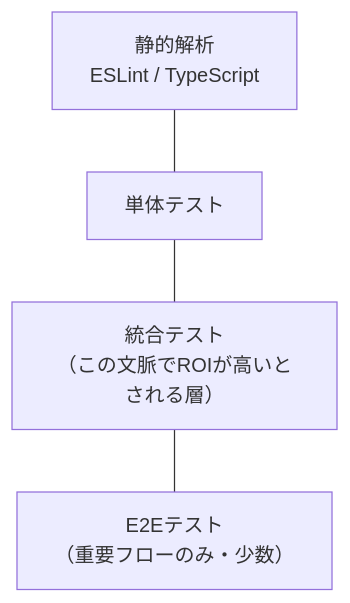
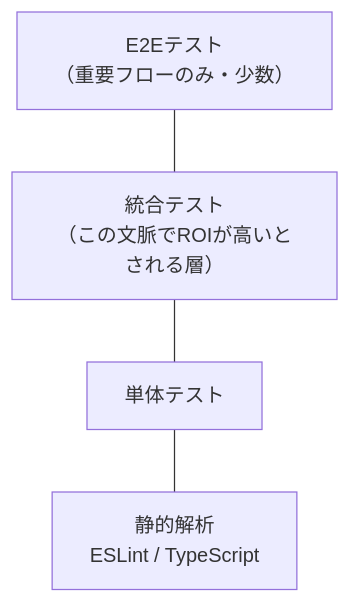
Before and after one commit to myoshi2891/Quality-Assurance-Studies: the sixth of 6 diagrams in The-way-of-the-web-tester-guide.md, drawn with Mermaid. The commit also changed 1 other file, not shown here.

Commit message:
docs(web-tester): テスティングトロフィー図の方向をボトムアップに修正

````diff
--- a/The-way-of-the-web-tester-guide.md
+++ b/The-way-of-the-web-tester-guide.md
@@ -351,8 +351,8 @@
 ```mermaid
-flowchart TB
+flowchart BT
     Static["静的解析<br/>ESLint / TypeScript"]
     Unit["単体テスト"]
     Integration["統合テスト<br/>（この文脈でROIが高いとされる層）"]
     E2E["E2Eテスト<br/>（重要フローのみ・少数）"]
     Static --- Unit --- Integration --- E2E
 ```
````
